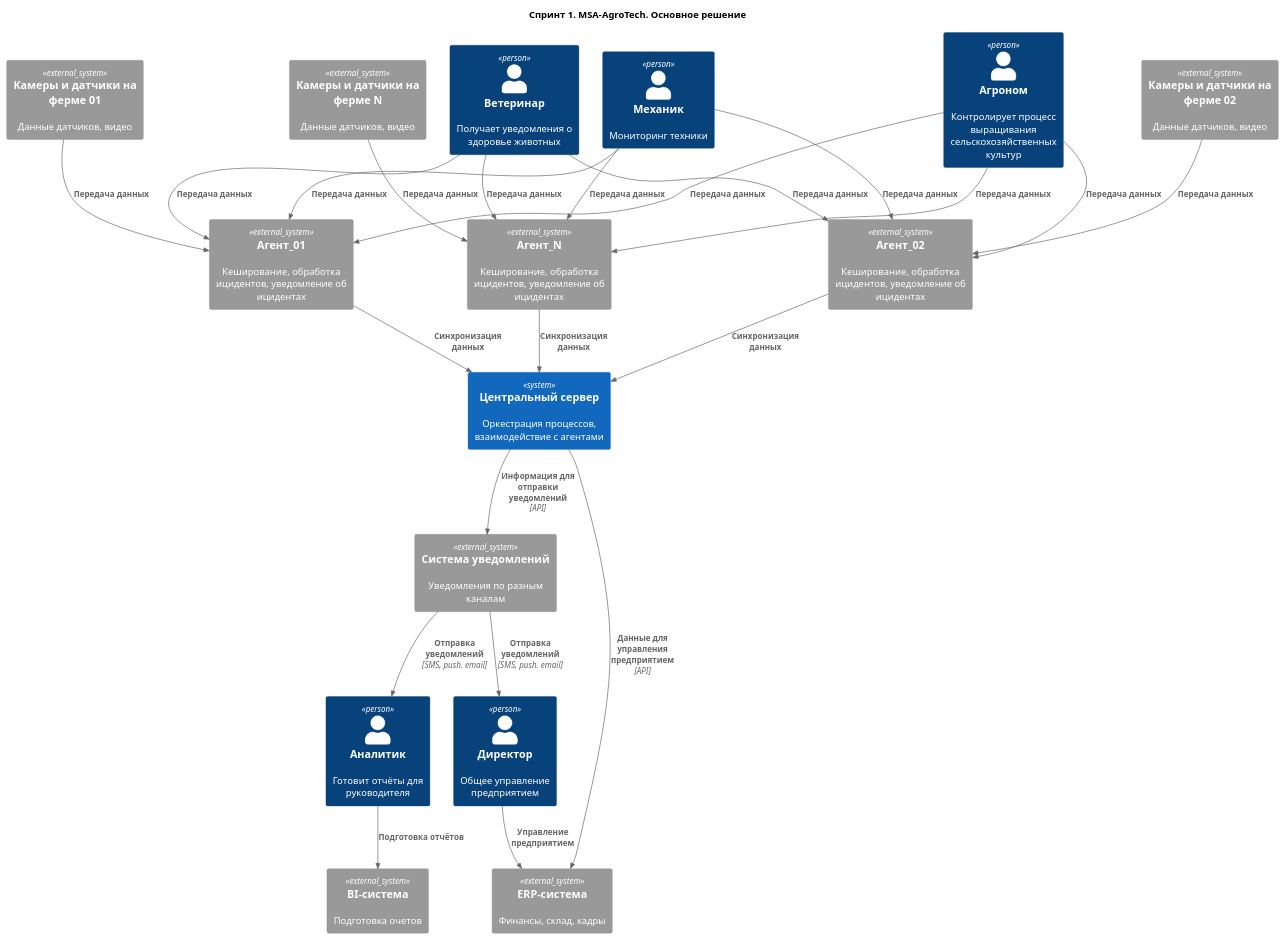
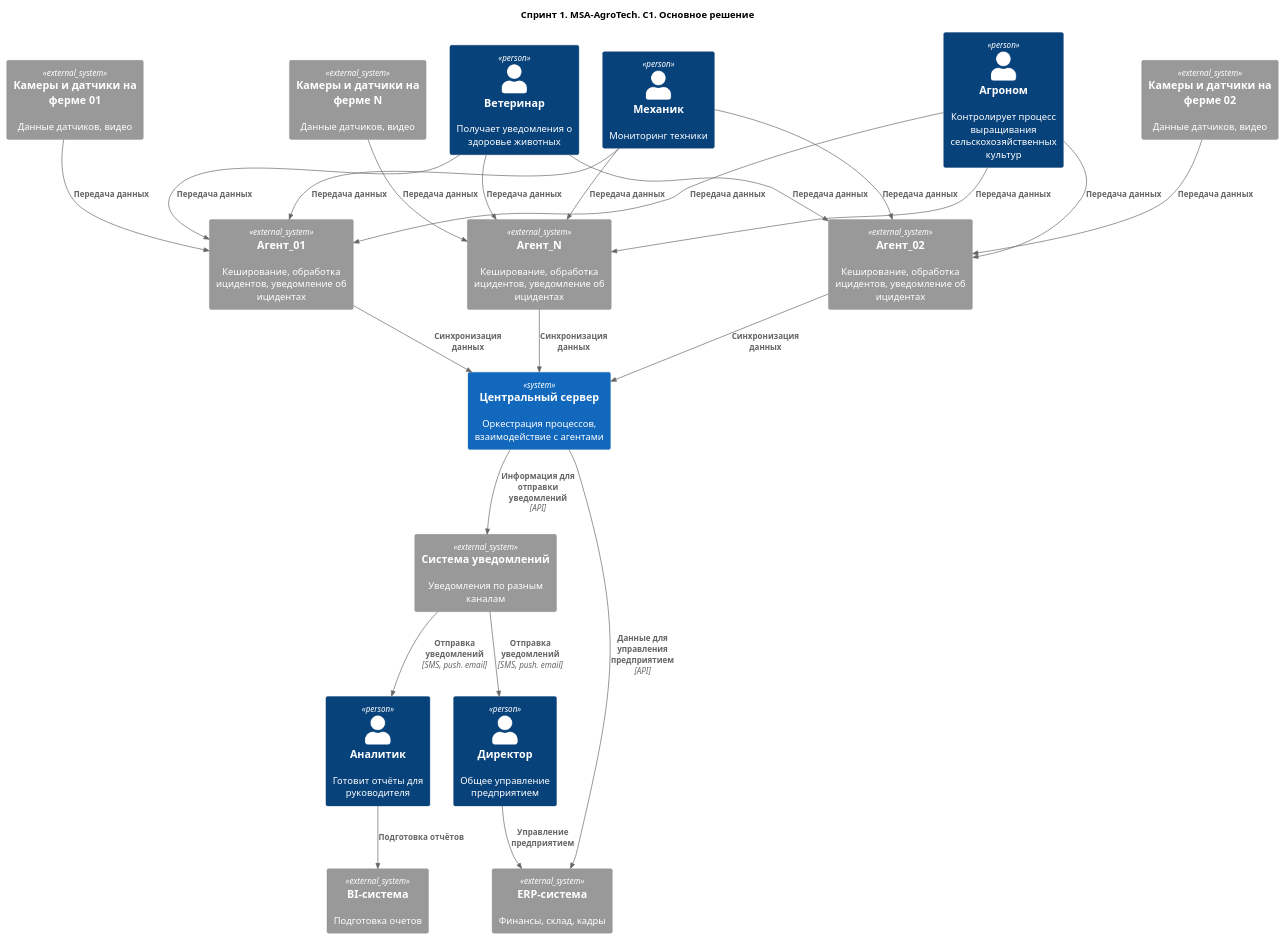
One commit to EtGr84/MSA-AgroTech changed the diagram in Task1/task1_c1main.puml. Above: the diagram before and after it, drawn with PlantUML.

```diff
--- a/Task1/task1_c1main.puml
+++ b/Task1/task1_c1main.puml
@@ -1,53 +1,53 @@
 @startuml 
 
 !include <C4/C4_Context>
 
-title Спринт 1. MSA-AgroTech. Основное решение
+title Спринт 1. MSA-AgroTech. C1. Основное решение
 
 Person(mech, "Механик", "Мониторинг техники")
 Person(vet, "Ветеринар", "Получает уведомления о здоровье животных")
 Person(agro, "Агроном", "Контролирует процесс выращивания сельскохозяйственных культур")
 Person(analit, "Аналитик", "Готовит отчёты для руководителя")
 Person(director, "Директор", "Общее управление предприятием")
 
 System_Ext(farmAgent_1, "Агент_01", "Кеширование, обработка ицидентов, уведомление об ицидентах")
 System_Ext(farmAgent_2, "Агент_02", "Кеширование, обработка ицидентов, уведомление об ицидентах")
 System_Ext(farmAgent_N, "Агент_N", "Кеширование, обработка ицидентов, уведомление об ицидентах")
 System_Ext(cameras_1, "Камеры и датчики на ферме 01", "Данные датчиков, видео")
 System_Ext(cameras_2, "Камеры и датчики на ферме 02", "Данные датчиков, видео")
 System_Ext(cameras_N, "Камеры и датчики на ферме N", "Данные датчиков, видео")
 System(central_server, "Центральный сервер", "Оркестрация процессов, взаимодействие с агентами")
 System_Ext(notify, "Система уведомлений", "Уведомления по разным каналам")
 System_Ext(erp, "ERP-система", "Финансы, склад, кадры")
 System_Ext(bi, "BI-система", "Подготовка очетов")
 
 
 Rel(cameras_1, farmAgent_1, "Передача данных")
 Rel(cameras_2, farmAgent_2, "Передача данных")
 Rel(cameras_N, farmAgent_N, "Передача данных")
 
 Rel(mech, farmAgent_1, "Передача данных")
 Rel(mech, farmAgent_2, "Передача данных")
 Rel(mech, farmAgent_N, "Передача данных")
 
 Rel(vet, farmAgent_1, "Передача данных")
 Rel(vet, farmAgent_2, "Передача данных")
 Rel(vet, farmAgent_N, "Передача данных")
 
 Rel(agro, farmAgent_1, "Передача данных")
 Rel(agro, farmAgent_2, "Передача данных")
 Rel(agro, farmAgent_N, "Передача данных")
 
 Rel(farmAgent_1, central_server, "Синхронизация данных")
 Rel(farmAgent_2, central_server, "Синхронизация данных")
 Rel(farmAgent_N, central_server, "Синхронизация данных")
 
 Rel(central_server, notify, "Информация для отправки уведомлений", "API")
 Rel(central_server, erp, "Данные для управления предприятием", "API")
 
 Rel(notify, director, "Отправка уведомлений", "SMS, push. email")
 Rel(notify, analit, "Отправка уведомлений", "SMS, push. email")
 Rel(director, erp, "Управление предприятием")
 Rel(analit, bi, "Подготовка отчётов")
 
 @enduml
```
